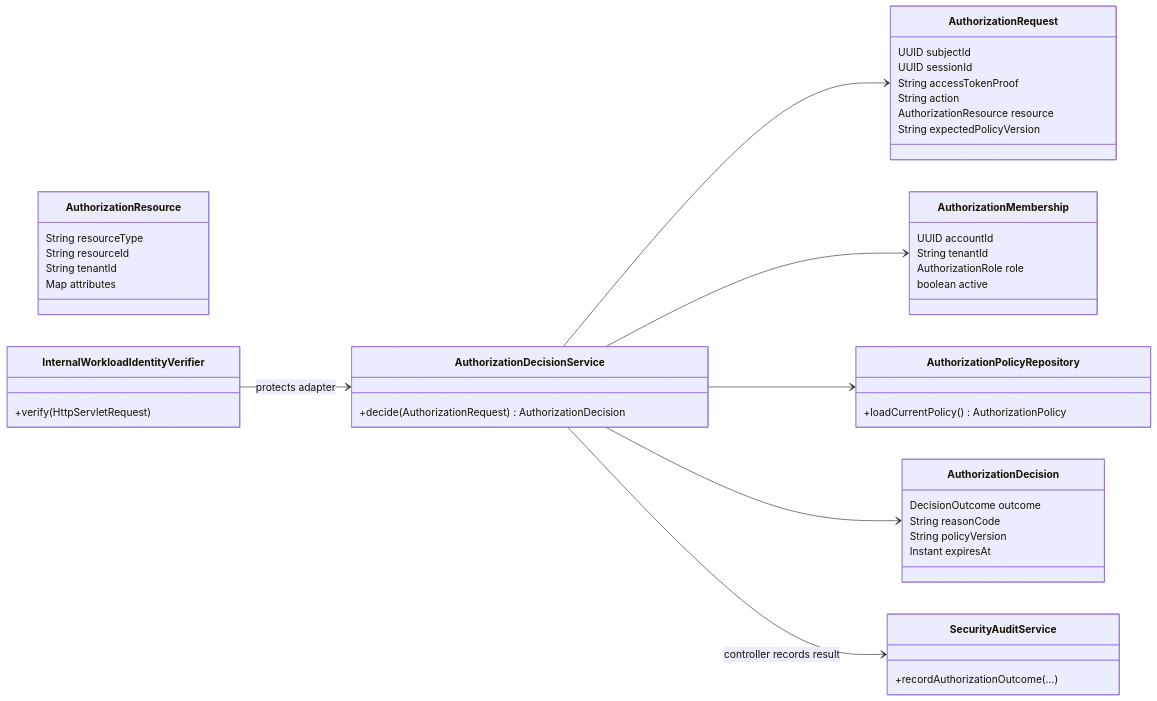
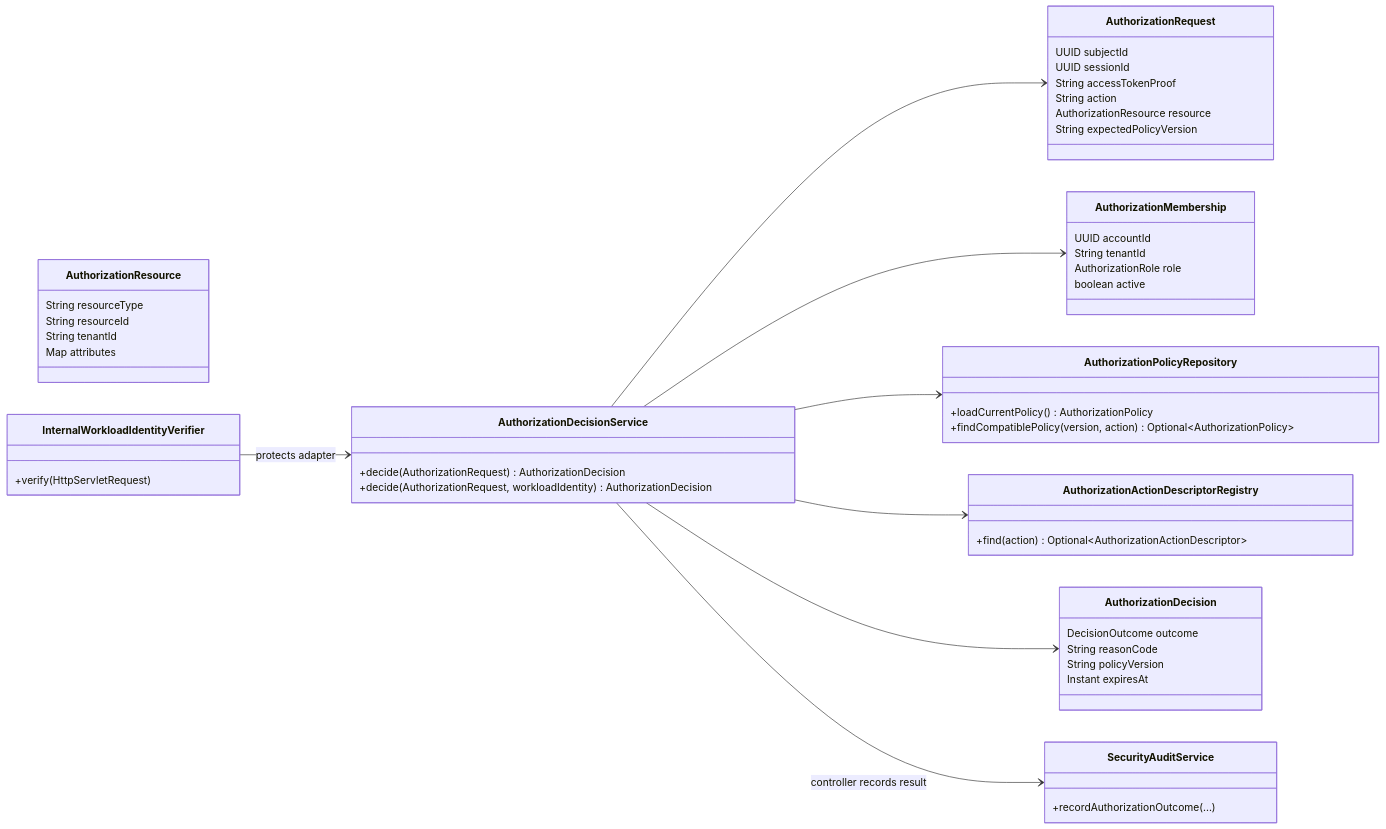
One commit to tdespenza/lifeos changed the third of 4 diagrams in docs/diagrams/identity-authorization.md. Above: the diagram before and after it, drawn with Mermaid. The commit also changed other lines of this file and 35 other files, not shown here.

Commit message:
Align architecture and interview documentation

````diff
--- a/docs/diagrams/identity-authorization.md
+++ b/docs/diagrams/identity-authorization.md
@@ -139,48 +168,54 @@
 ```mermaid
 classDiagram
     direction LR
     class AuthorizationDecisionService {
         +decide(AuthorizationRequest) AuthorizationDecision
+        +decide(AuthorizationRequest, workloadIdentity) AuthorizationDecision
     }
     class AuthorizationRequest {
         UUID subjectId
         UUID sessionId
         String accessTokenProof
         String action
         AuthorizationResource resource
         String expectedPolicyVersion
     }
     class AuthorizationResource {
         String resourceType
         String resourceId
         String tenantId
         Map attributes
     }
     class AuthorizationDecision {
         DecisionOutcome outcome
         String reasonCode
         String policyVersion
         Instant expiresAt
     }
     class AuthorizationMembership {
         UUID accountId
         String tenantId
         AuthorizationRole role
         boolean active
     }
     class AuthorizationPolicyRepository {
         +loadCurrentPolicy() AuthorizationPolicy
+        +findCompatiblePolicy(version, action) Optional~AuthorizationPolicy~
+    }
+    class AuthorizationActionDescriptorRegistry {
+        +find(action) Optional~AuthorizationActionDescriptor~
     }
     class InternalWorkloadIdentityVerifier {
         +verify(HttpServletRequest)
     }
     class SecurityAuditService {
         +recordAuthorizationOutcome(...)
     }
     AuthorizationDecisionService --> AuthorizationRequest
     AuthorizationDecisionService --> AuthorizationMembership
     AuthorizationDecisionService --> AuthorizationPolicyRepository
+    AuthorizationDecisionService --> AuthorizationActionDescriptorRegistry
     AuthorizationDecisionService --> AuthorizationDecision
     InternalWorkloadIdentityVerifier --> AuthorizationDecisionService : protects adapter
     AuthorizationDecisionService --> SecurityAuditService : controller records result
 ```
````
